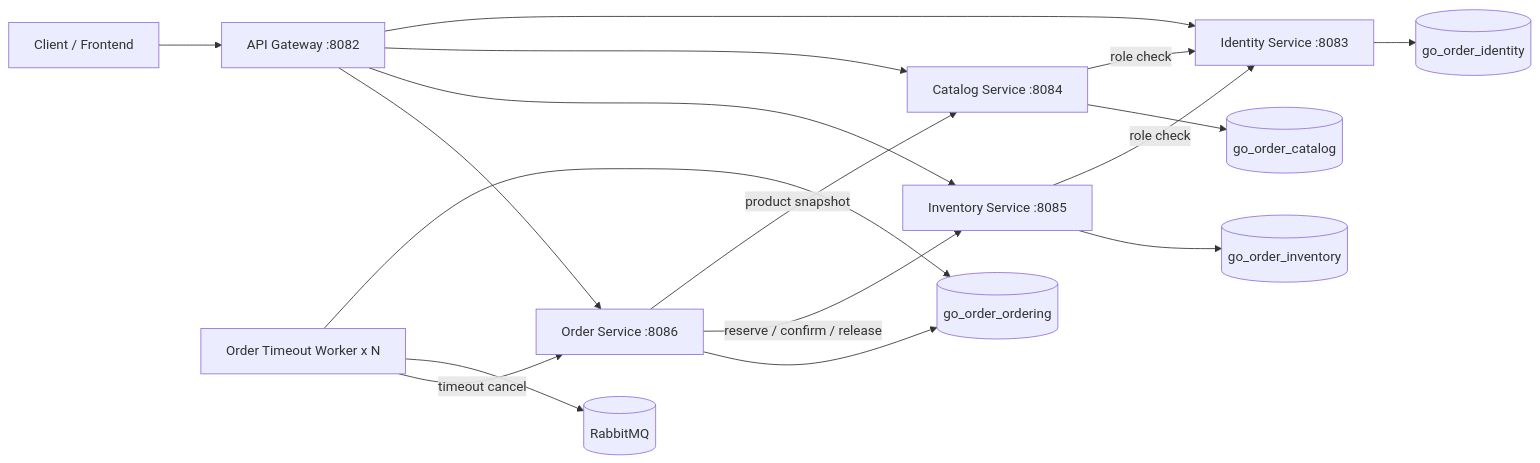
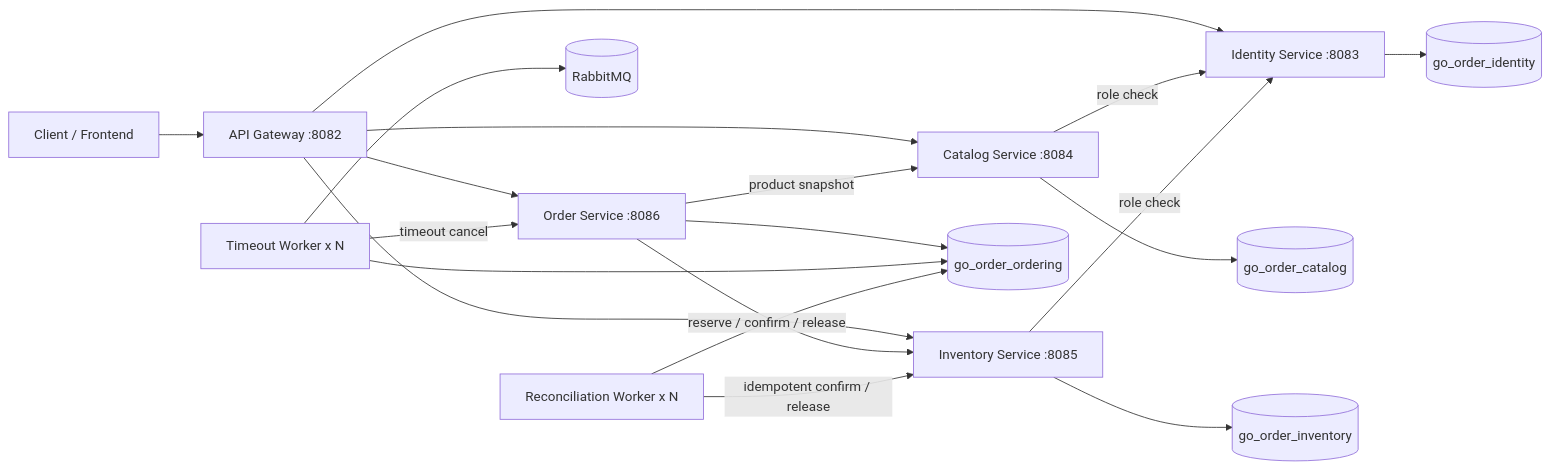
One commit to Yotoha0303/go-order-management-system-cloudnative-lab changed the first of 2 diagrams in README.md. Above: the diagram before and after it, drawn with Mermaid. The commit also changed other lines of this file and 11 other files, not shown here.

First line of the commit message:
feat: add automatic Order reconciliation workers

````diff
--- a/README.md
+++ b/README.md
@@ -27,23 +26,26 @@
 ```mermaid
 flowchart LR
     Client[Client / Frontend] --> Gateway[API Gateway :8082]
 
     Gateway --> Identity[Identity Service :8083]
     Gateway --> Catalog[Catalog Service :8084]
     Gateway --> Inventory[Inventory Service :8085]
     Gateway --> Order[Order Service :8086]
 
     Catalog -->|role check| Identity
     Inventory -->|role check| Identity
     Order -->|product snapshot| Catalog
     Order -->|reserve / confirm / release| Inventory
 
     Identity --> IdentityDB[(go_order_identity)]
     Catalog --> CatalogDB[(go_order_catalog)]
     Inventory --> InventoryDB[(go_order_inventory)]
     Order --> OrderDB[(go_order_ordering)]
 
-    Worker[Order Timeout Worker x N] --> OrderDB
-    Worker --> RabbitMQ[(RabbitMQ)]
-    Worker -->|timeout cancel| Order
+    TimeoutWorker[Timeout Worker x N] --> OrderDB
+    TimeoutWorker --> RabbitMQ[(RabbitMQ)]
+    TimeoutWorker -->|timeout cancel| Order
+
+    ReconcileWorker[Reconciliation Worker x N] --> OrderDB
+    ReconcileWorker -->|idempotent confirm / release| Inventory
 ```
````
